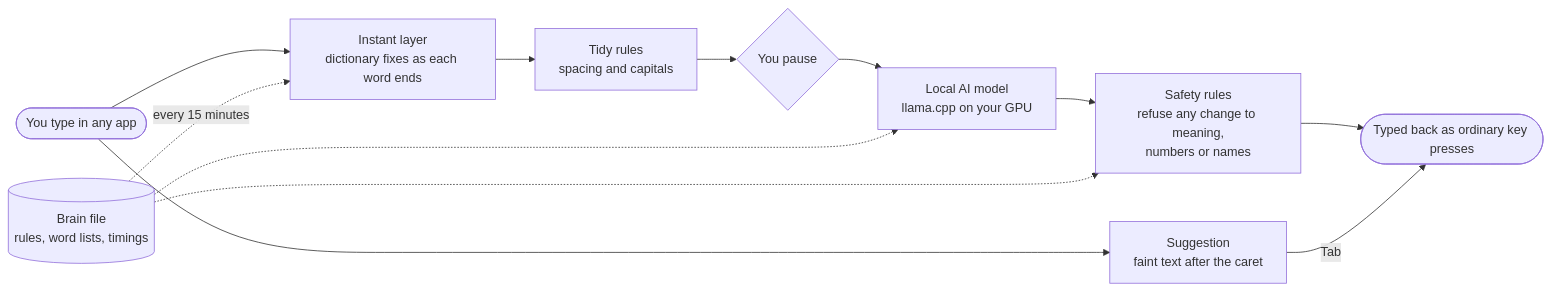
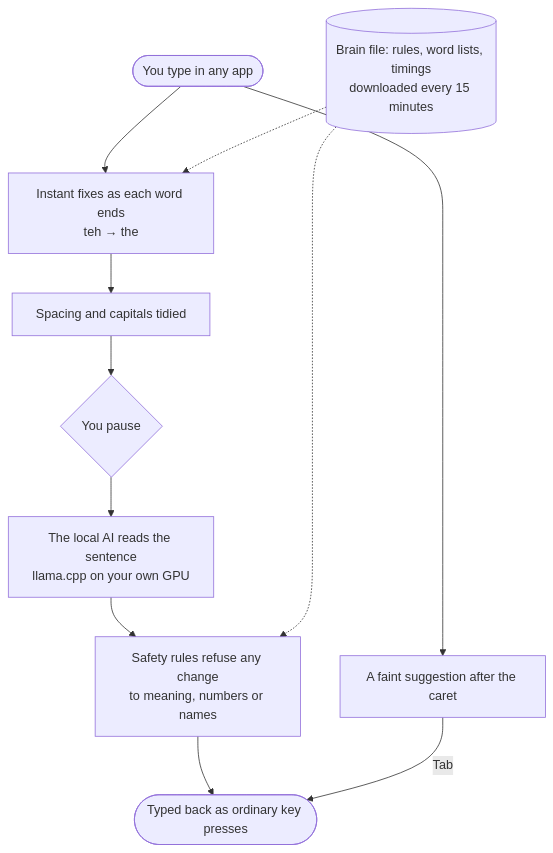
One commit to granterogers/global_autocorrect changed the diagram in README.md. Above: the diagram before and after it, drawn with Mermaid. The commit also changed other lines of this file, not shown here.

Commit message:
D177 (13.2): the page's screenshots fill their cells, a top-down diagram, the Windows badge fixed

````diff
--- a/README.md
+++ b/README.md
@@ -134,14 +134,13 @@
 ```mermaid
-flowchart LR
-    K([You type in any app]) --> I["Instant layer<br/>dictionary fixes as each word ends"]
-    I --> T["Tidy rules<br/>spacing and capitals"]
+flowchart TD
+    K([You type in any app]) --> I["Instant fixes as each word ends<br/>teh → the"]
+    K --> G["A faint suggestion after the caret"]
+    I --> T["Spacing and capitals tidied"]
     T --> P{"You pause"}
-    P --> A["Local AI model<br/>llama.cpp on your GPU"]
-    A --> S["Safety rules<br/>refuse any change to meaning,<br/>numbers or names"]
+    P --> A["The local AI reads the sentence<br/>llama.cpp on your own GPU"]
+    A --> S["Safety rules refuse any change<br/>to meaning, numbers or names"]
     S --> W([Typed back as ordinary key presses])
-    K --> G["Suggestion<br/>faint text after the caret"]
     G -->|Tab| W
-    B[("Brain file<br/>rules, word lists, timings")] -. every 15 minutes .-> I
+    B[("Brain file: rules, word lists, timings<br/>downloaded every 15 minutes")] -.-> I
     B -.-> S
-    B -.-> A
 ```
````
